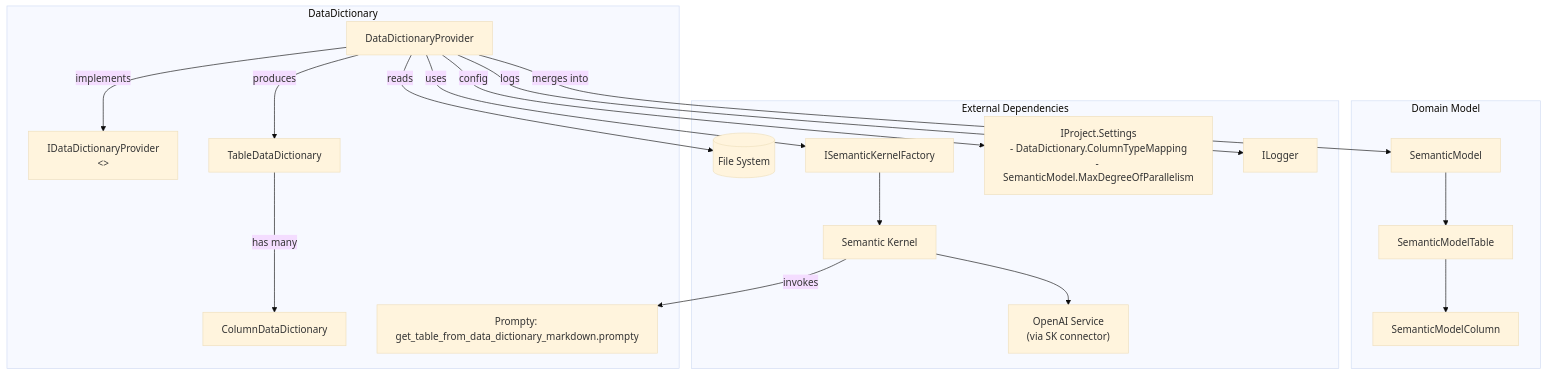
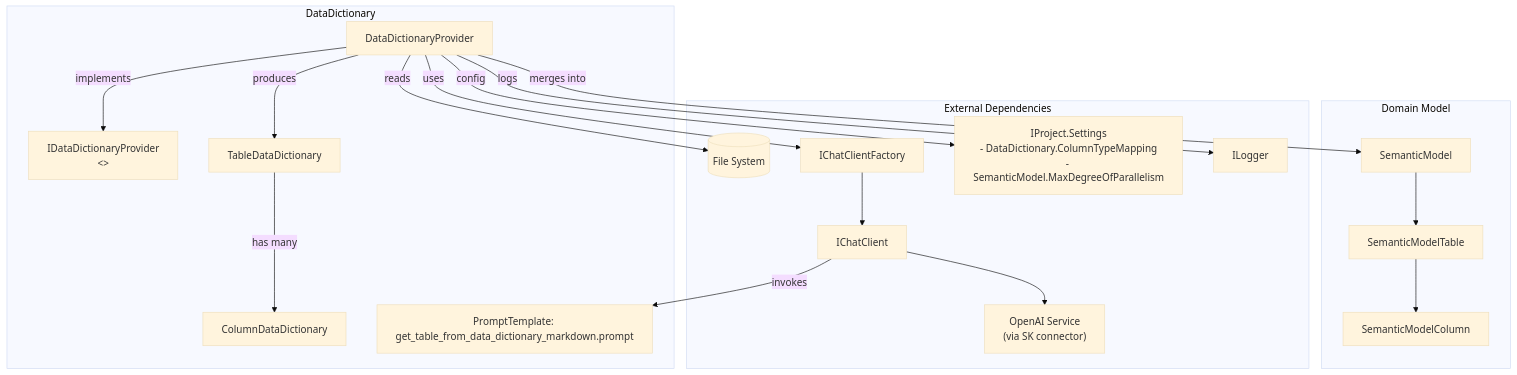
The first of 2 diagrams in docs/components/data-dictionary-documentation.md (PlagueHO/genai-database-explorer), drawn with Mermaid (base theme) before and after one commit. The commit also changed other lines of this file and 46 other files, not shown here.

````diff
--- a/docs/components/data-dictionary-documentation.md
+++ b/docs/components/data-dictionary-documentation.md
@@ -43,40 +43,40 @@
 ```mermaid
 flowchart TD
   subgraph DataDictionary
     DDP["DataDictionaryProvider"]
     IDP["IDataDictionaryProvider\n<<interface>>"]
     TDD["TableDataDictionary"]
     CDD["ColumnDataDictionary"]
-    PROM["Prompty: get_table_from_data_dictionary_markdown.prompty"]
+    PROM["PromptTemplate: get_table_from_data_dictionary_markdown.prompt"]
   end
 
   subgraph Domain Model
     SM["SemanticModel"]
     SMT["SemanticModelTable"]
     SMC["SemanticModelColumn"]
   end
 
   subgraph External Dependencies
     FS[(File System)]
-    SKF["ISemanticKernelFactory"]
-    SK["Semantic Kernel"]
+    SKF["IChatClientFactory"]
+    SK["IChatClient"]
     OAI["OpenAI Service\n(via SK connector)"]
     PRJ["IProject.Settings\n- DataDictionary.ColumnTypeMapping\n- SemanticModel.MaxDegreeOfParallelism"]
     LOG["ILogger<DataDictionaryProvider>"]
   end
 
   %% Relationships
   DDP -->|implements| IDP
   DDP -->|reads| FS
   DDP -->|uses| SKF
   SKF --> SK
   SK -->|invokes| PROM
   SK --> OAI
   DDP -->|produces| TDD
   TDD o-->|has many| CDD
   DDP -->|merges into| SM
   SM --> SMT
   SMT --> SMC
   DDP -->|config| PRJ
   DDP -->|logs| LOG
 ```
````
